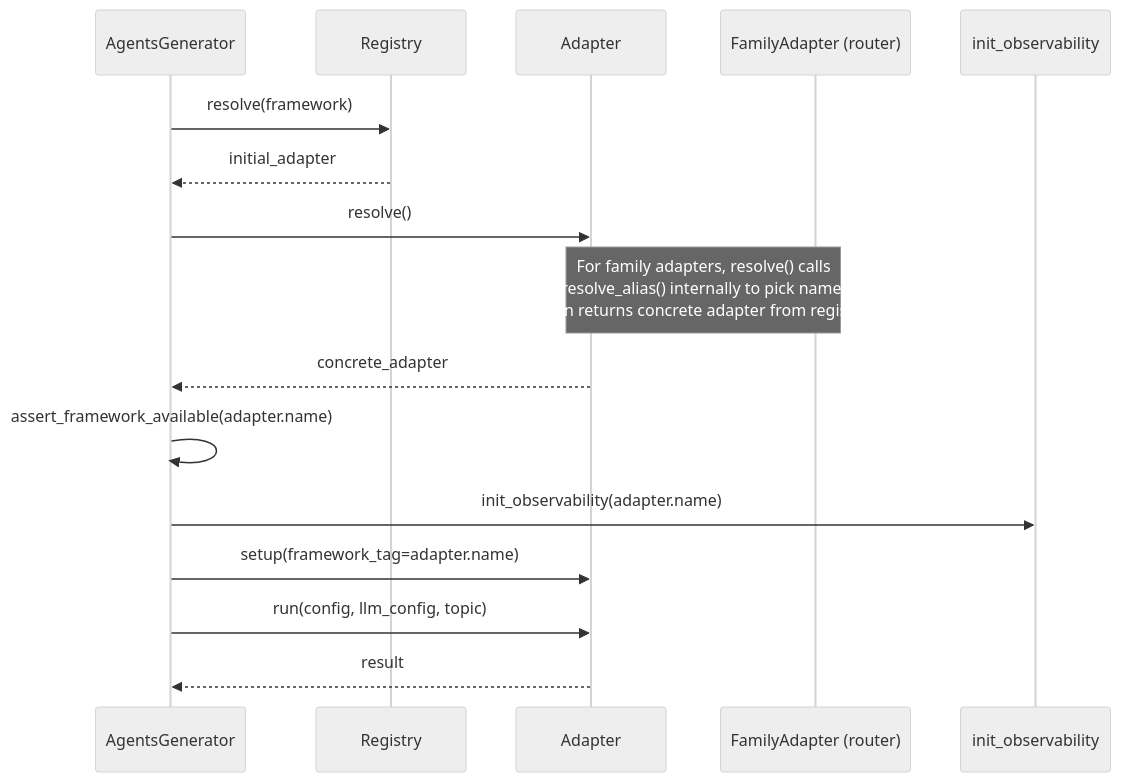
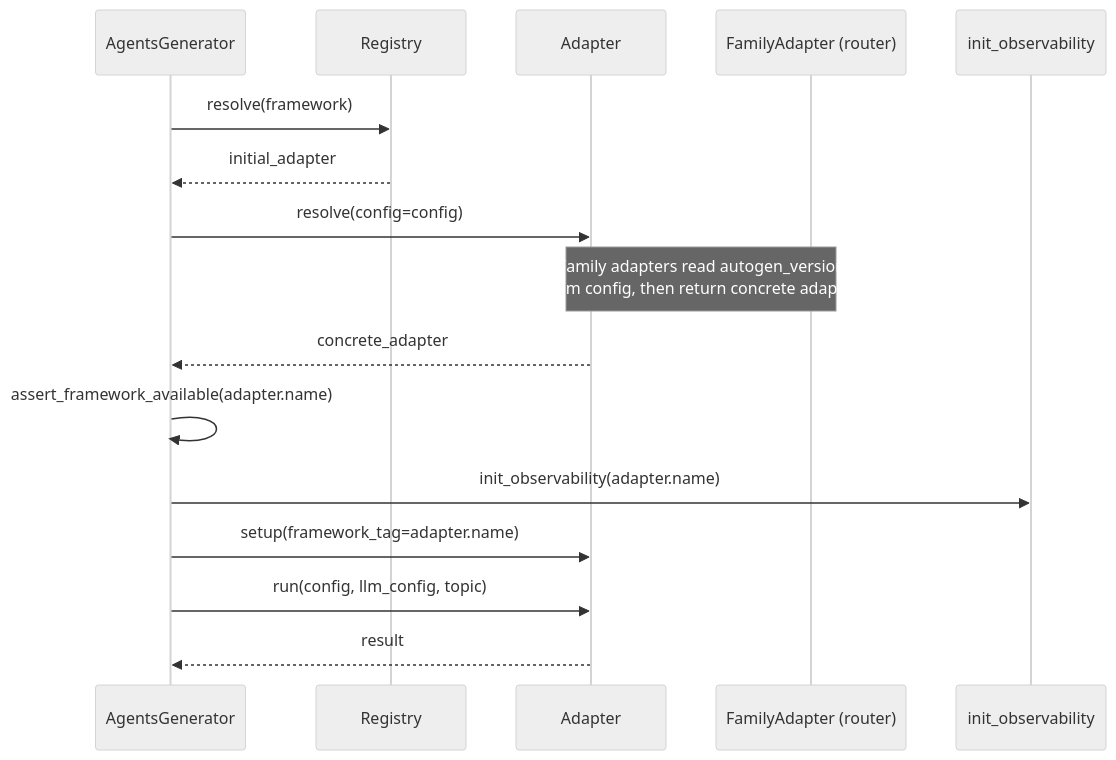
Before and after one commit to MervinPraison/PraisonAIDocs: the third of 3 diagrams in docs/features/framework-adapter-plugins.mdx, drawn with Mermaid (neutral theme). The commit also changed other lines of this file and 2 other files, not shown here.

Commit message:
docs: sync framework/tool-resolver docs for PR #1988 (Fixes #615)
Add autogen_version YAML field, resolve_variant notes, ToolResolver.invalidate.

````diff
--- a/docs/features/framework-adapter-plugins.mdx
+++ b/docs/features/framework-adapter-plugins.mdx
@@ -294,19 +295,19 @@
 ```mermaid
 sequenceDiagram
     participant Gen as AgentsGenerator
     participant Reg as Registry
     participant Adapter
     participant FamilyAdapter as FamilyAdapter (router)
     participant Obs as init_observability
 
     Gen->>Reg: resolve(framework)
     Reg-->>Gen: initial_adapter
-    Gen->>Adapter: resolve()
-    Note over Adapter,FamilyAdapter: For family adapters, resolve() calls<br/>resolve_alias() internally to pick name,<br/>then returns concrete adapter from registry
+    Gen->>Adapter: resolve(config=config)
+    Note over Adapter,FamilyAdapter: Family adapters read autogen_version<br/>from config, then return concrete adapter
     Adapter-->>Gen: concrete_adapter
     Gen->>Gen: assert_framework_available(adapter.name)
     Gen->>Obs: init_observability(adapter.name)
     Gen->>Adapter: setup(framework_tag=adapter.name)
     Gen->>Adapter: run(config, llm_config, topic)
     Adapter-->>Gen: result
 ```
````
